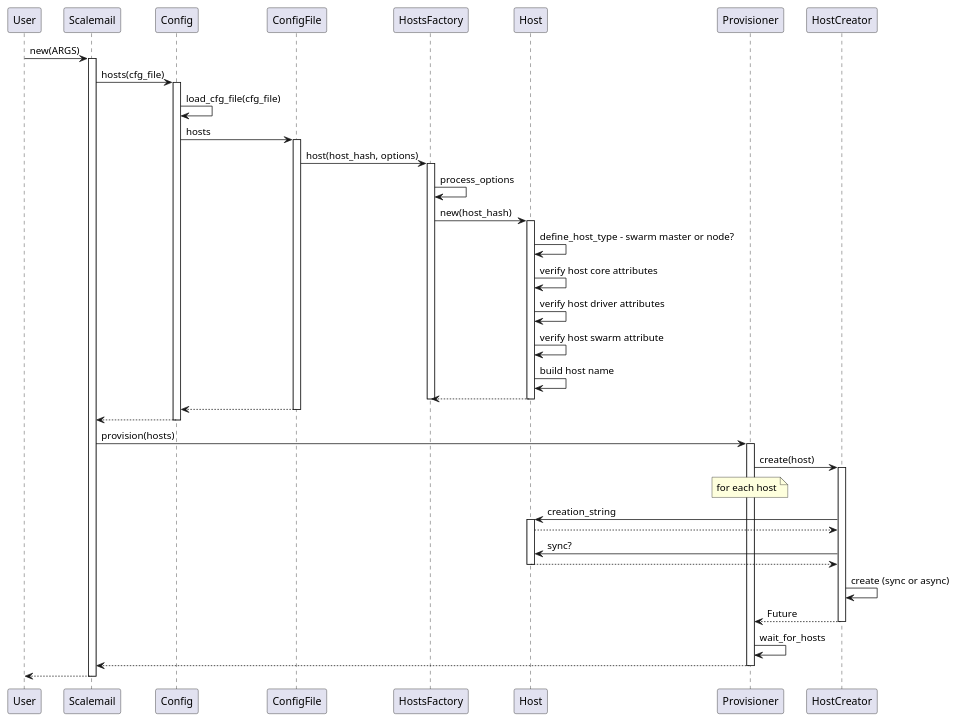
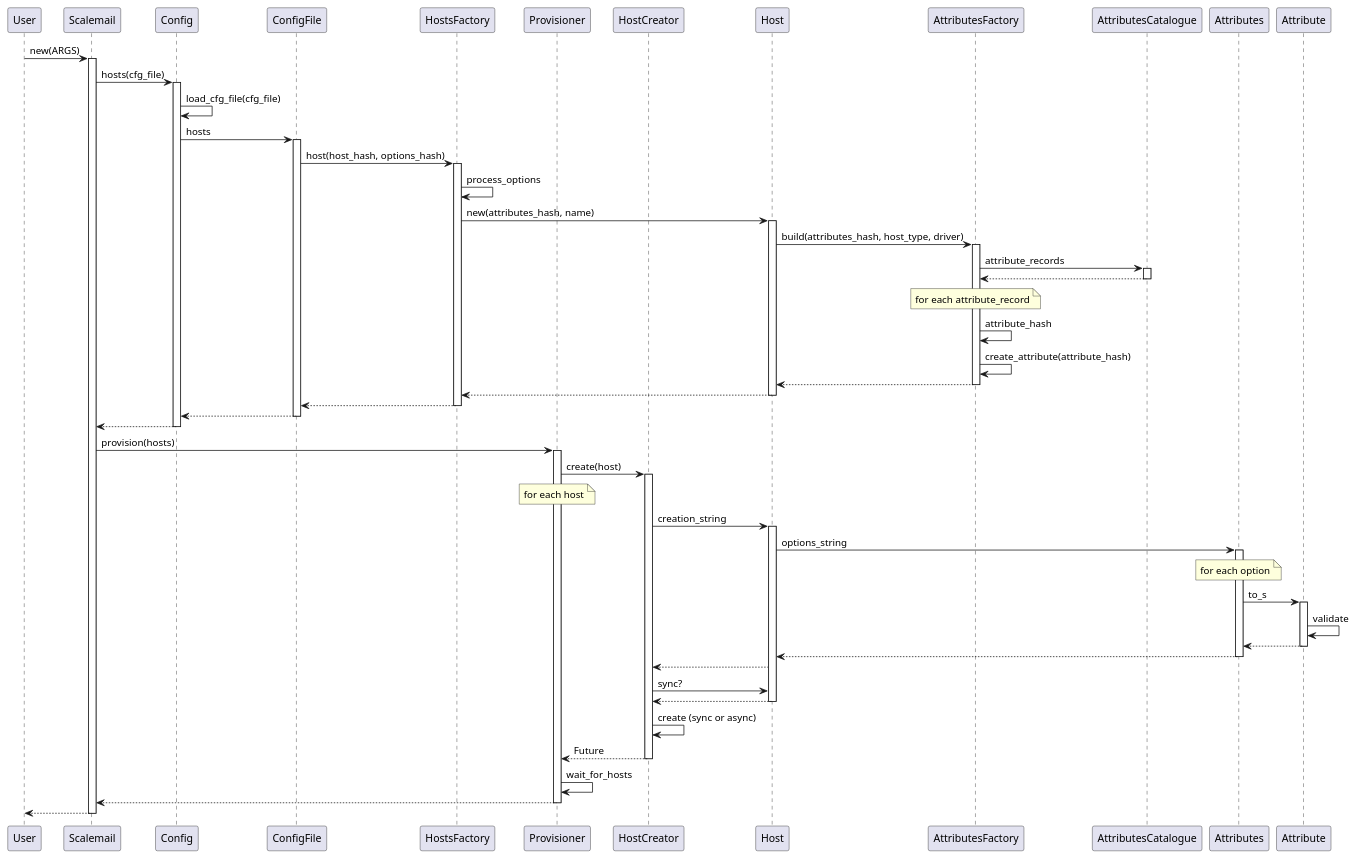
One commit to iiezhachenko/scalemail changed the diagram in sequence.puml. Above: the diagram before and after it, drawn with PlantUML.

Commit message:
Sequesnce diagram

```diff
--- a/sequence.puml
+++ b/sequence.puml
@@ -1,49 +1,78 @@
 @startuml
+participant User
+participant Scalemail
+participant Config
+participant ConfigFile
+participant HostsFactory
+participant Provisioner
+participant HostCreator
+participant Host
+participant AttributesFactory
+participant AttributesCatalogue
+participant Attributes
+participant Attribute
+
 User -> Scalemail: new(ARGS)
 activate Scalemail
   Scalemail -> Config: hosts(cfg_file)
 
   activate Config
     Config -> Config: load_cfg_file(cfg_file)
     Config -> ConfigFile: hosts
     activate ConfigFile
-      ConfigFile -> HostsFactory: host(host_hash, options)
+      ConfigFile -> HostsFactory: host(host_hash, options_hash)
       activate HostsFactory
         HostsFactory -> HostsFactory: process_options
-        HostsFactory -> Host: new(host_hash)
+        HostsFactory -> Host: new(attributes_hash, name)
         activate Host
-          Host -> Host: define_host_type - swarm master or node?
-          Host -> Host: verify host core attributes
-          Host ->Host: verify host driver attributes
-          Host -> Host: verify host swarm attribute
-          Host -> Host: build host name
+          Host -> AttributesFactory: build(attributes_hash, host_type, driver)
+          activate AttributesFactory
+            AttributesFactory -> AttributesCatalogue: attribute_records
+            activate AttributesCatalogue
+              AttributesCatalogue --> AttributesFactory
+            deactivate AttributesCatalogue
+            note over AttributesFactory: for each attribute_record
+            AttributesFactory -> AttributesFactory: attribute_hash
+            AttributesFactory -> AttributesFactory: create_attribute(attribute_hash)
+            AttributesFactory --> Host
+          deactivate AttributesFactory
           Host --> HostsFactory
         deactivate Host
+        HostsFactory --> ConfigFile
       deactivate HostsFactory
       ConfigFile --> Config
     deactivate ConfigFile
     Config --> Scalemail
   deactivate Config
 
   Scalemail -> Provisioner: provision(hosts)
 
   activate Provisioner
     Provisioner -> HostCreator: create(host)
     note over Provisioner: for each host
     activate HostCreator 
       HostCreator -> Host: creation_string
       activate Host
+        Host -> Attributes: options_string
+        activate Attributes
+          note over Attributes: for each option
+          Attributes -> Attribute: to_s
+          activate Attribute
+            Attribute -> Attribute: validate
+            Attribute --> Attributes
+          deactivate Attribute
+          Attributes --> Host
+        deactivate Attributes
         Host --> HostCreator
         HostCreator -> Host: sync?
         Host --> HostCreator
       deactivate Host
       HostCreator -> HostCreator: create (sync or async)
       HostCreator --> Provisioner: Future
     deactivate HostCreator
     Provisioner -> Provisioner: wait_for_hosts
     Provisioner --> Scalemail
   deactivate Provisioner
-
   Scalemail --> User
 deactivate Scalemail
 @enduml
```
